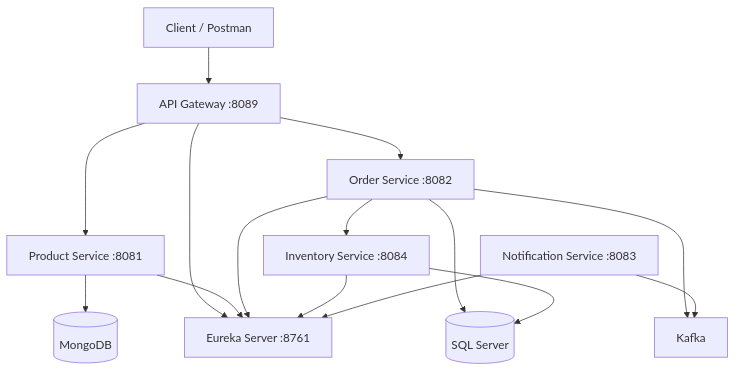
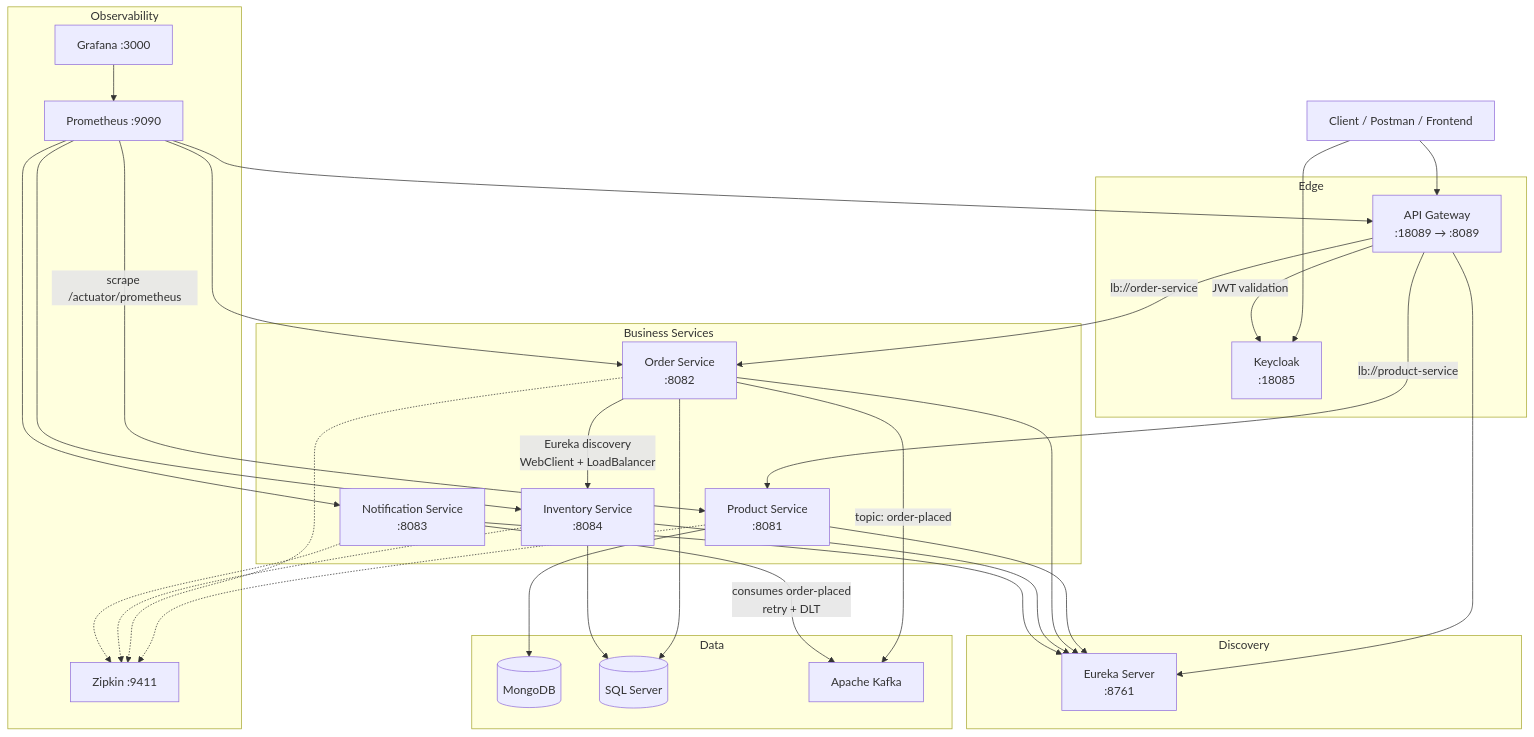
Before and after one commit to islamsoliman1/microservice-new: the diagram in README.md, drawn with Mermaid. The commit also changed other lines of this file and 18 other files, not shown here.

````diff
--- a/README.md
+++ b/README.md
@@ -7,35 +7,64 @@
 ```mermaid
 graph TB
-    Client[Client / Postman]
+    Client[Client / Postman / Frontend]
 
-    Gateway[API Gateway :8089]
-    Eureka[Eureka Server :8761]
+subgraph Edge
+Gateway[API Gateway<br/>:18089 → :8089]
+Keycloak[Keycloak<br/>:18085]
+end
 
-    Product[Product Service :8081]
-    Order[Order Service :8082]
-    Inventory[Inventory Service :8084]
-    Notification[Notification Service :8083]
+subgraph Discovery
+Eureka[Eureka Server<br/>:8761]
+end
 
-    Mongo[(MongoDB)]
-    MSSQL[(SQL Server)]
-    Kafka[Kafka]
+subgraph Business Services
+Product[Product Service<br/>:8081]
+Order[Order Service<br/>:8082]
+Inventory[Inventory Service<br/>:8084]
+Notification[Notification Service<br/>:8083]
+end
 
-    Client --> Gateway
-    Gateway --> Product
-    Gateway --> Order
-    Gateway --> Eureka
+subgraph Data
+Mongo[(MongoDB)]
+MSSQL[(SQL Server)]
+Kafka[Apache Kafka]
+end
 
-    Product --> Mongo
-    Product --> Eureka
+subgraph Observability
+Zipkin[Zipkin :9411]
+Prometheus[Prometheus :9090]
+Grafana[Grafana :3000]
+end
 
-    Order --> MSSQL
-    Order --> Inventory
-    Order --> Kafka
-    Order --> Eureka
+Client --> Gateway
+Client --> Keycloak
+Gateway -->|JWT validation| Keycloak
+Gateway -->|lb://product-service| Product
+Gateway -->|lb://order-service| Order
+Gateway --> Eureka
 
-    Inventory --> MSSQL
-    Inventory --> Eureka
+Product --> Mongo
+Product --> Eureka
+Product -.-> Zipkin
 
-    Notification --> Kafka
-    Notification --> Eureka
+Order --> MSSQL
+Order -->|Eureka discovery<br/>WebClient + LoadBalancer| Inventory
+Order -->|topic: order-placed| Kafka
+Order --> Eureka
+Order -.-> Zipkin
+
+Inventory --> MSSQL
+Inventory --> Eureka
+Inventory -.-> Zipkin
+
+Notification -->|consumes order-placed<br/>retry + DLT| Kafka
+Notification --> Eureka
+Notification -.-> Zipkin
+
+Prometheus -->|scrape /actuator/prometheus| Product
+Prometheus --> Order
+Prometheus --> Inventory
+Prometheus --> Notification
+Prometheus --> Gateway
+Grafana --> Prometheus
 ```
````
